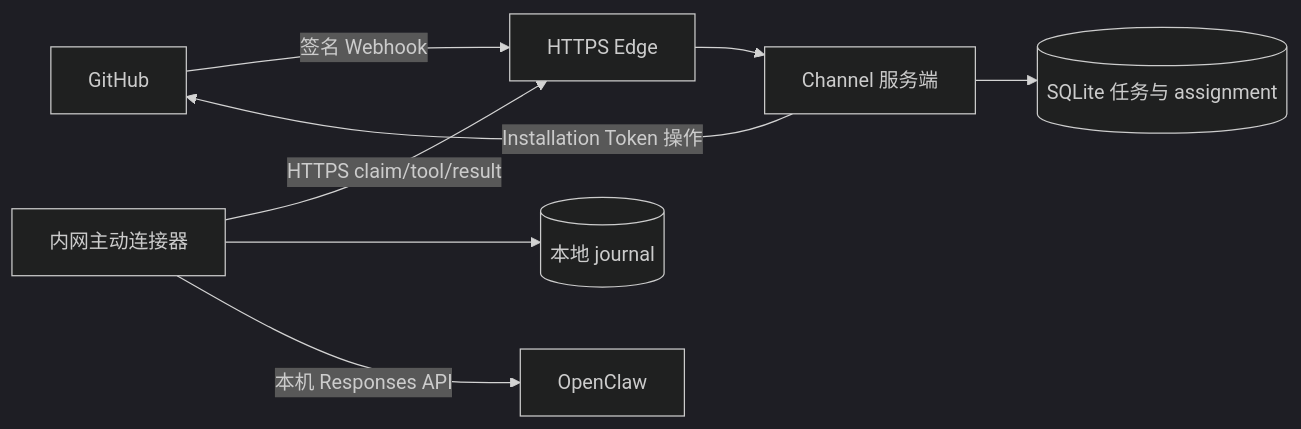
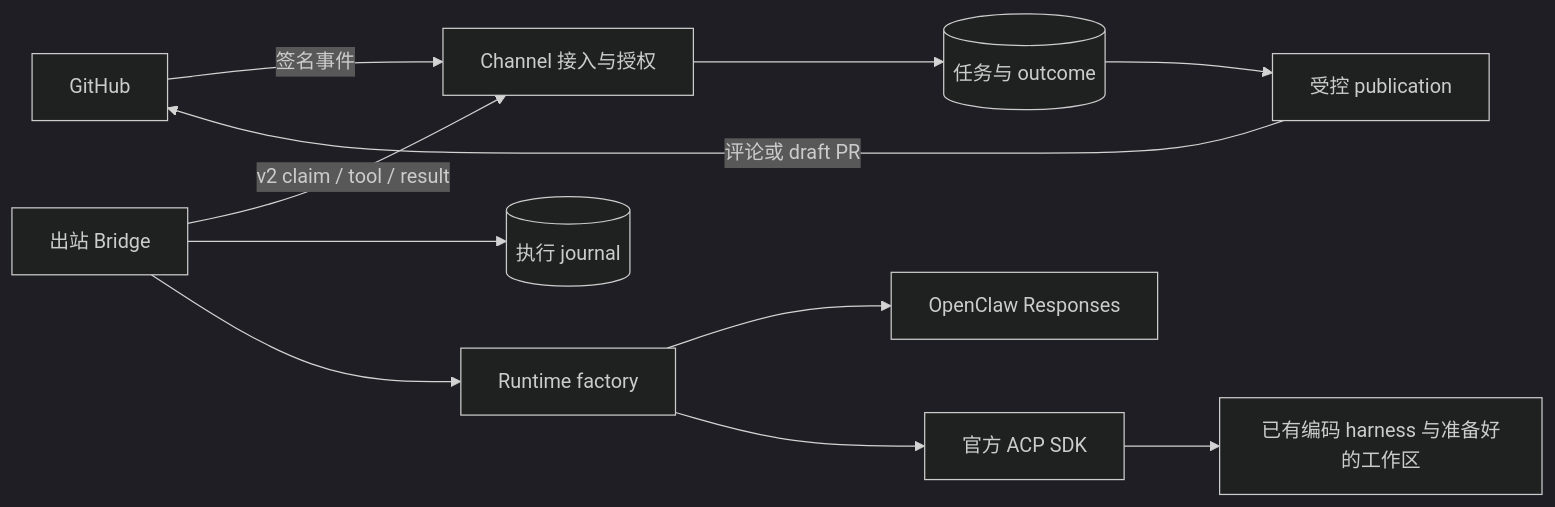
Before and after one commit to xallor-ai/github-agent-channel: the diagram in docs/architecture.md, drawn with Mermaid (dark theme). The commit also changed other lines of this file and 71 other files, not shown here.

Commit message:
feat!: introduce runtime-neutral channel v2 and remove legacy paths

````diff
--- a/docs/architecture.md
+++ b/docs/architecture.md
@@ -7,10 +5,13 @@
 ```mermaid
 flowchart LR
-  GH[GitHub] -->|签名 Webhook| E[HTTPS Edge]
-  E --> C[Channel 服务端]
-  C --> Q[(SQLite 任务与 assignment)]
-  C -->|Installation Token 操作| GH
-  A[内网主动连接器] -->|HTTPS claim/tool/result| E
-  A --> J[(本地 journal)]
-  A -->|本机 Responses API| O[OpenClaw]
+  GH[GitHub] -->|签名事件| C[Channel 接入与授权]
+  C --> Q[(任务与 outcome)]
+  B[出站 Bridge] -->|v2 claim / tool / result| C
+  B --> J[(执行 journal)]
+  B --> F[Runtime factory]
+  F --> O[OpenClaw Responses]
+  F --> A[官方 ACP SDK]
+  A --> H[已有编码 harness 与准备好的工作区]
+  Q --> P[受控 publication]
+  P -->|评论或 draft PR| GH
 ```
````
